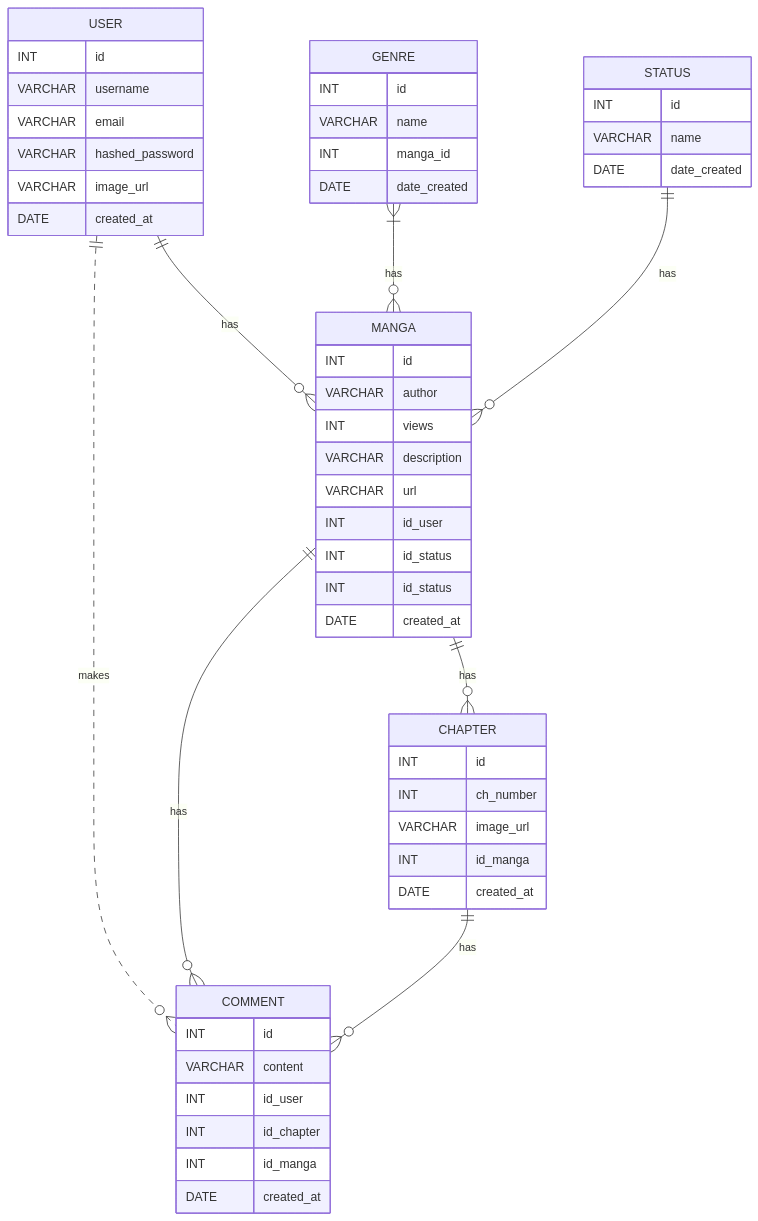
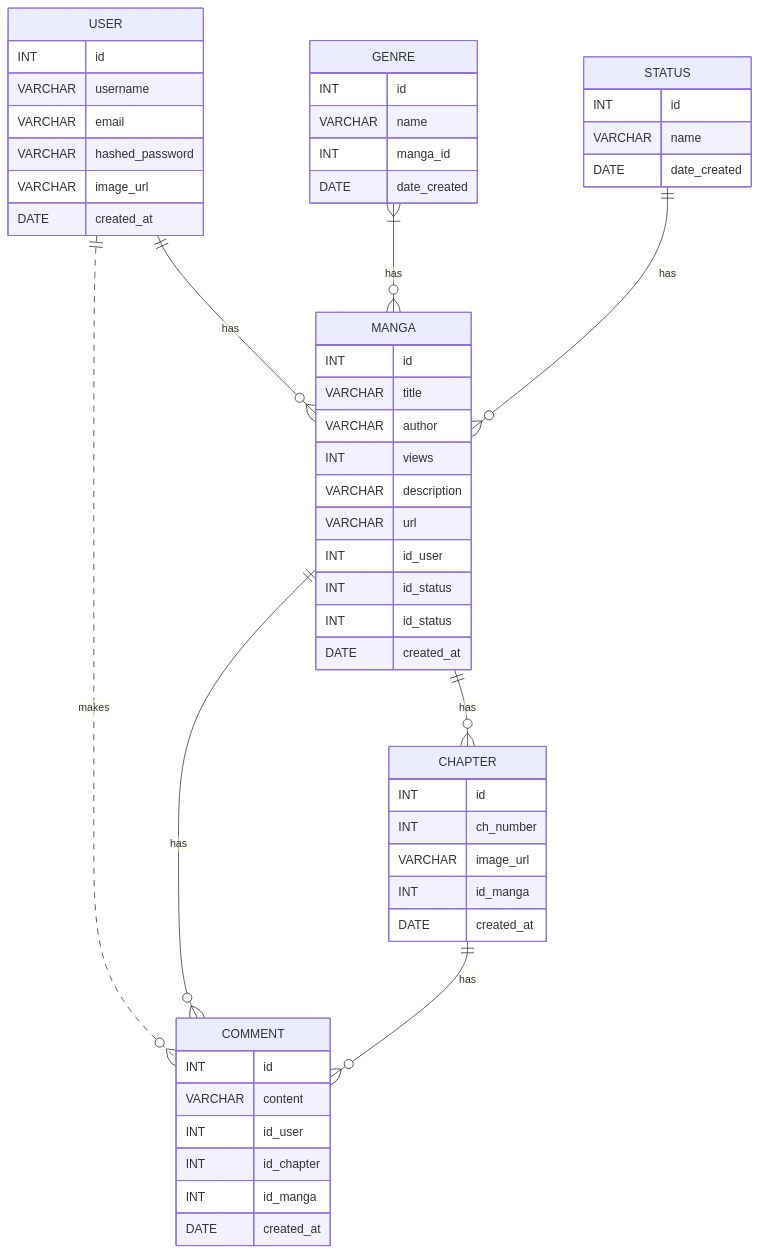
One commit to Space-Racoons/manga-zen changed the diagram in docs/doc-modelo.md. Above: the diagram before and after it, drawn with Mermaid.

Commit message:
docs: Adding title attribute to relation manga

````diff
--- a/docs/doc-modelo.md
+++ b/docs/doc-modelo.md
@@ -5,61 +5,62 @@
 ```mermaid
 erDiagram
     USER ||..o{ COMMENT : makes
     USER ||--o{ MANGA : has
     MANGA ||--o{ CHAPTER : has
     MANGA ||--o{ COMMENT : has
     CHAPTER ||--o{ COMMENT : has
     GENRE |{--o{  MANGA: has
     STATUS ||--o{ MANGA: has
 
     USER {
         INT id
         VARCHAR  username
         VARCHAR  email
         VARCHAR  hashed_password
         VARCHAR  image_url
         DATE created_at
     }
 
     COMMENT{
         INT id
         VARCHAR content
         INT id_user
         INT id_chapter
         INT id_manga
         DATE created_at
     }
 
     MANGA{
         INT id
+        VARCHAR title
         VARCHAR author
         INT views
         VARCHAR description
         VARCHAR url
         INT id_user
         INT id_status
         INT id_status
         DATE created_at
     }
 
     CHAPTER{
         INT id
         INT  ch_number
         VARCHAR image_url
         INT id_manga
         DATE created_at
     }
 
     GENRE{
         INT id
         VARCHAR name
         INT manga_id
         DATE date_created
     }
 
     STATUS{
         INT id
         VARCHAR name
         DATE date_created
     }
 ```
````
